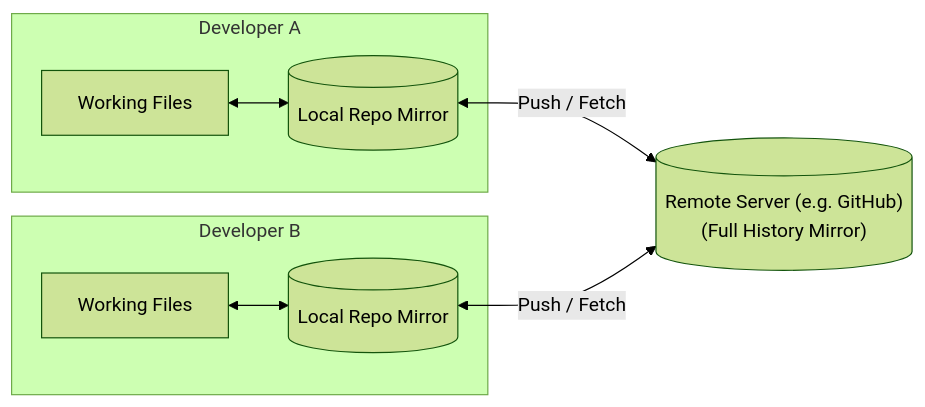
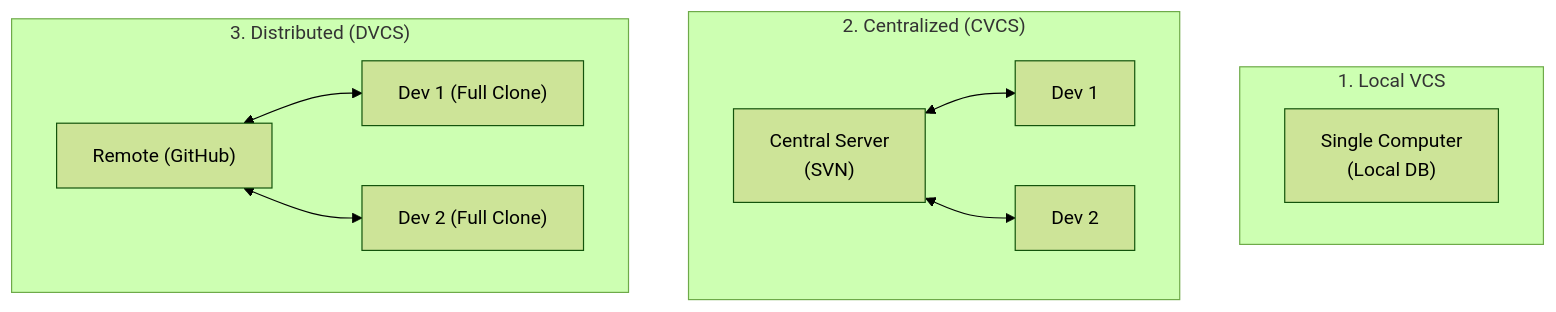
Before and after one commit to ArpitaSHiregoudar/git-reference-hub: the diagram in 01-git-fundamentals/01-what-is-version-control.md, drawn with Mermaid (forest theme). The commit also changed other lines of this file, not shown here.

````diff
--- a/01-git-fundamentals/01-what-is-version-control.md
+++ b/01-git-fundamentals/01-what-is-version-control.md
@@ -147,19 +50,16 @@
 ```mermaid
-flowchart LR
-    Remote[("Remote Server (e.g. GitHub)\n(Full History Mirror)")]
-    
-    subgraph DevA["Developer A"]
-        RepoA[("Local Repo Mirror")]
-        WDA["Working Files"]
-        WDA <--> RepoA
+flowchart TD
+    subgraph Local_VCS["1. Local VCS"]
+        A["Single Computer\n(Local DB)"]
     end
 
-    subgraph DevB["Developer B"]
-        RepoB[("Local Repo Mirror")]
-        WDB["Working Files"]
-        WDB <--> RepoB
+    subgraph Centralized_VCS["2. Centralized (CVCS)"]
+        B["Central Server\n(SVN)"] <--> C["Dev 1"]
+        B <--> D["Dev 2"]
     end
 
-    RepoA <-->|Push / Fetch| Remote
-    RepoB <-->|Push / Fetch| Remote
+    subgraph Distributed_VCS["3. Distributed (DVCS)"]
+        E["Remote (GitHub)"] <--> F["Dev 1 (Full Clone)"]
+        E <--> G["Dev 2 (Full Clone)"]
+    end
 ```
````
